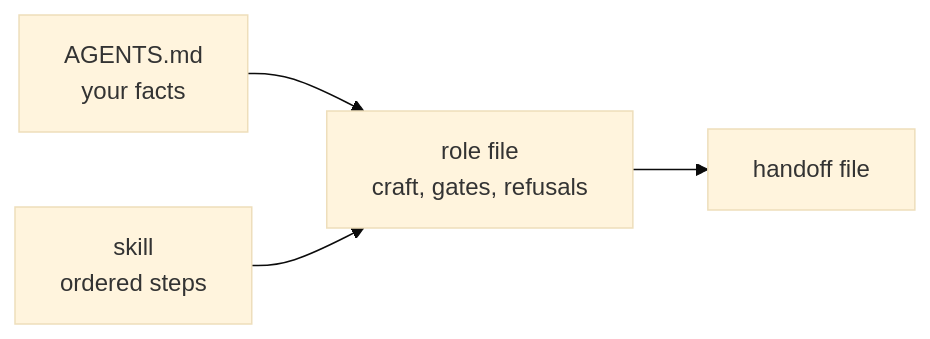
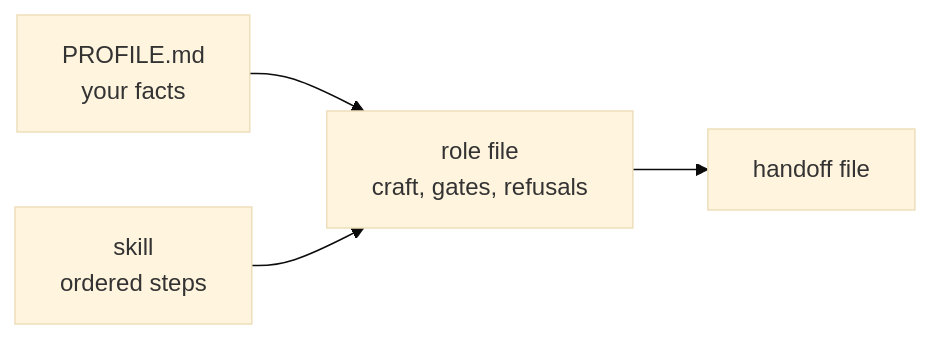
Before and after one commit to vsdudakov/troika: the diagram in docs/concepts/roles.md, drawn with Mermaid (base theme). The commit also changed 77 other files, not shown here.

````diff
--- a/docs/concepts/roles.md
+++ b/docs/concepts/roles.md
@@ -53,6 +53,6 @@
 ```mermaid
 flowchart LR
-    P[AGENTS.md<br/>your facts] --> R[role file<br/>craft, gates, refusals]
+    P[PROFILE.md<br/>your facts] --> R[role file<br/>craft, gates, refusals]
     S[skill<br/>ordered steps] --> R
     R --> O[handoff file]
 ```
````
